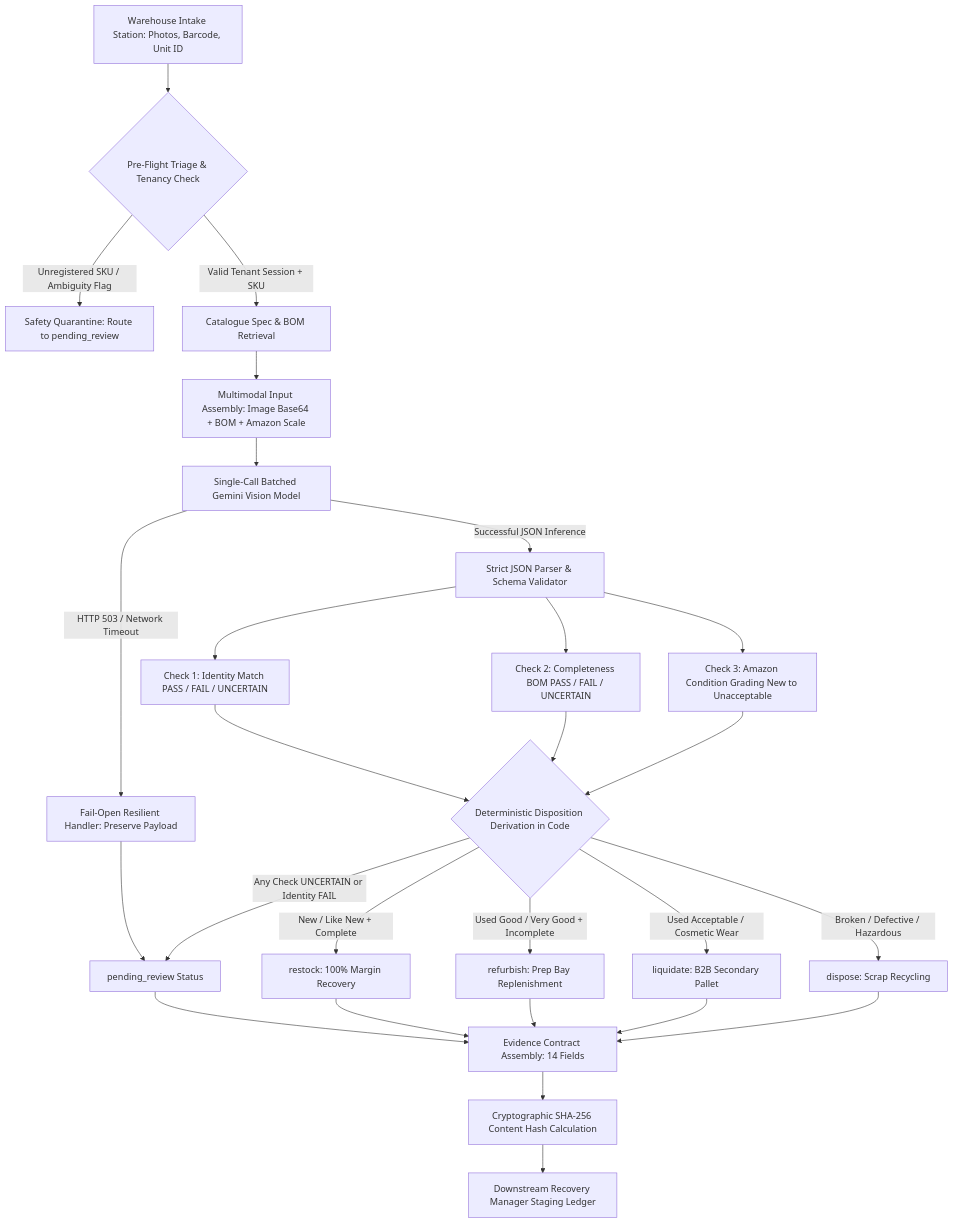
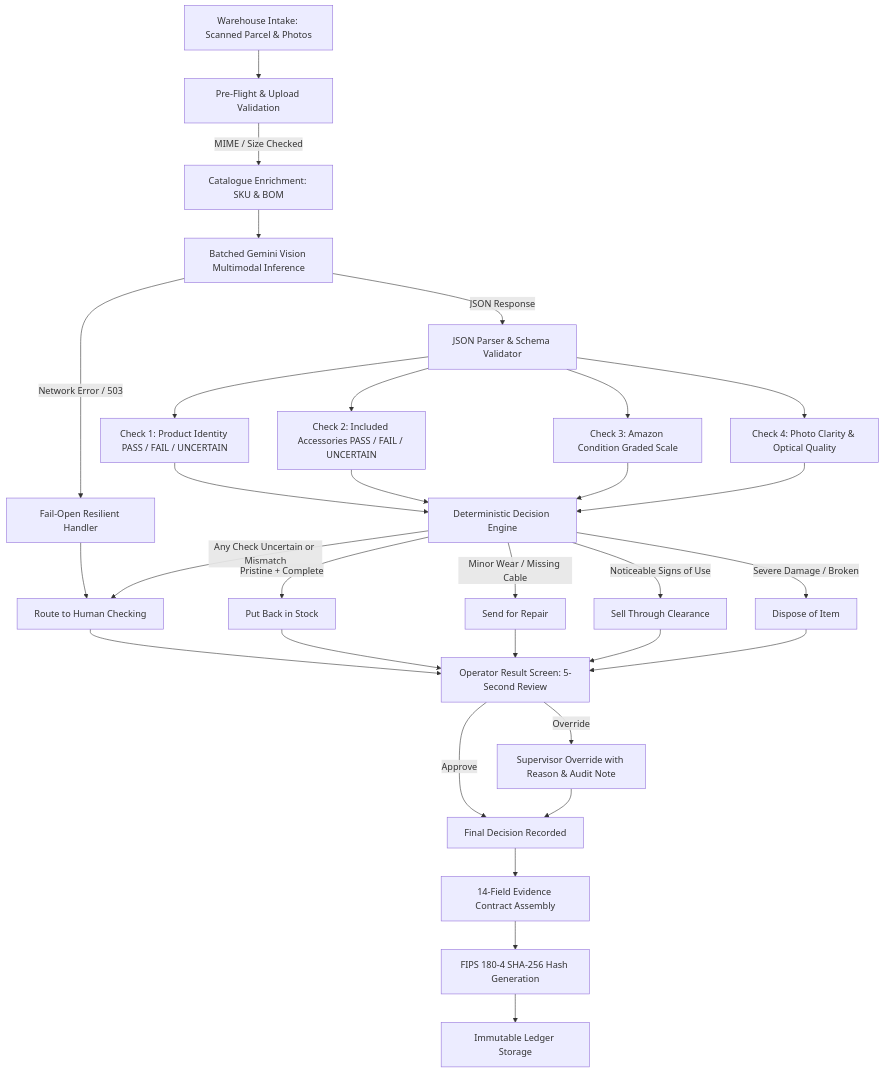
One commit to Shanmukhaaa4096/cube26-rtn-0231-shanmukhaaa4096 changed the diagram in ARCHITECTURE.md. Above: the diagram before and after it, drawn with Mermaid. The commit also changed other lines of this file and 9 other files, not shown here.

Commit message:
fix(security): move Gemini Vision API calls server-side to /api/inspect with rate limiting and upload validation

````diff
--- a/ARCHITECTURE.md
+++ b/ARCHITECTURE.md
@@ -12,23 +7,26 @@
 ```mermaid
 flowchart TD
-    A[Warehouse Intake Station: Photos, Barcode, Unit ID] --> B{Pre-Flight Triage & Tenancy Check}
-    B -->|Unregistered SKU / Ambiguity Flag| C[Safety Quarantine: Route to pending_review]
-    B -->|Valid Tenant Session + SKU| D[Catalogue Spec & BOM Retrieval]
-    D --> E[Multimodal Input Assembly: Image Base64 + BOM + Amazon Scale]
-    E --> F[Single-Call Batched Gemini Vision Model]
-    F -->|HTTP 503 / Network Timeout| G[Fail-Open Resilient Handler: Preserve Payload]
-    G --> H[pending_review Status]
-    F -->|Successful JSON Inference| I[Strict JSON Parser & Schema Validator]
-    I --> J[Check 1: Identity Match PASS / FAIL / UNCERTAIN]
-    I --> K[Check 2: Completeness BOM PASS / FAIL / UNCERTAIN]
-    I --> L[Check 3: Amazon Condition Grading New to Unacceptable]
-    J & K & L --> M{Deterministic Disposition Derivation in Code}
-    M -->|Any Check UNCERTAIN or Identity FAIL| H
-    M -->|New / Like New + Complete| N[restock: 100% Margin Recovery]
-    M -->|Used Good / Very Good + Incomplete| O[refurbish: Prep Bay Replenishment]
-    M -->|Used Acceptable / Cosmetic Wear| P[liquidate: B2B Secondary Pallet]
-    M -->|Broken / Defective / Hazardous| Q[dispose: Scrap Recycling]
-    H & N & O & P & Q --> R[Evidence Contract Assembly: 14 Fields]
-    R --> S[Cryptographic SHA-256 Content Hash Calculation]
-    S --> T[Downstream Recovery Manager Staging Ledger]
+    A[Warehouse Intake: Scanned Parcel & Photos] --> B[Pre-Flight & Upload Validation]
+    B -->|MIME / Size Checked| C[Catalogue Enrichment: SKU & BOM]
+    C --> D[Batched Gemini Vision Multimodal Inference]
+    D -->|Network Error / 503| E[Fail-Open Resilient Handler]
+    E --> F[Route to Human Checking]
+    D -->|JSON Response| G[JSON Parser & Schema Validator]
+    G --> H[Check 1: Product Identity PASS / FAIL / UNCERTAIN]
+    G --> I[Check 2: Included Accessories PASS / FAIL / UNCERTAIN]
+    G --> J[Check 3: Amazon Condition Graded Scale]
+    G --> K[Check 4: Photo Clarity & Optical Quality]
+    H & I & J & K --> L[Deterministic Decision Engine]
+    L -->|Any Check Uncertain or Mismatch| F
+    L -->|Pristine + Complete| M[Put Back in Stock]
+    L -->|Minor Wear / Missing Cable| N[Send for Repair]
+    L -->|Noticeable Signs of Use| O[Sell Through Clearance]
+    L -->|Severe Damage / Broken| P[Dispose of Item]
+    F & M & N & O & P --> Q[Operator Result Screen: 5-Second Review]
+    Q -->|Approve| R[Final Decision Recorded]
+    Q -->|Override| S[Supervisor Override with Reason & Audit Note]
+    S --> R
+    R --> T[14-Field Evidence Contract Assembly]
+    T --> U[FIPS 180-4 SHA-256 Hash Generation]
+    U --> V[Immutable Ledger Storage]
 ```
````
